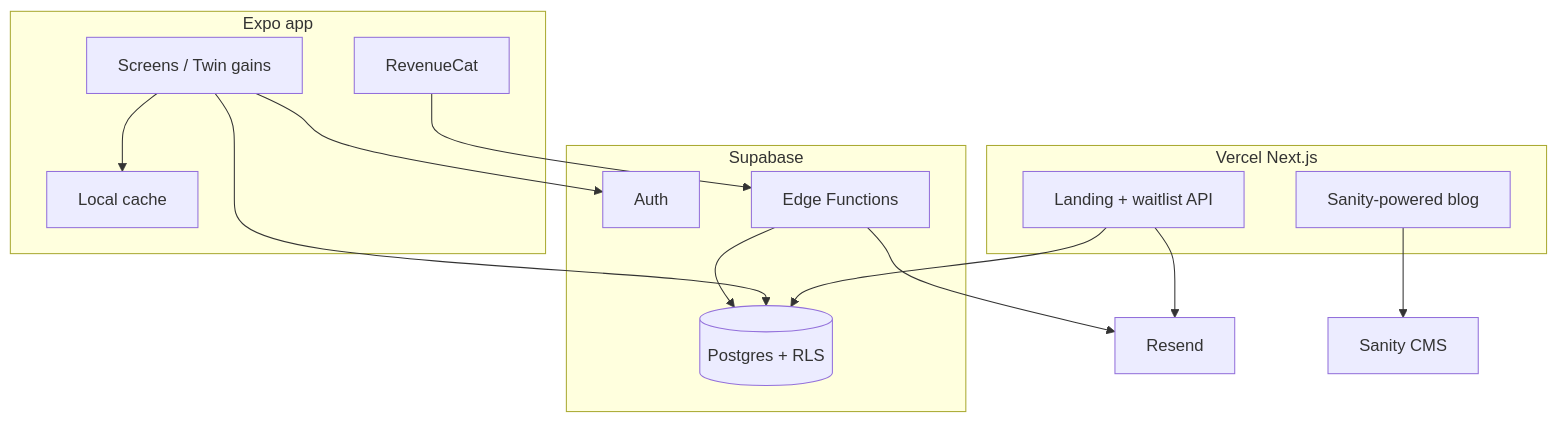
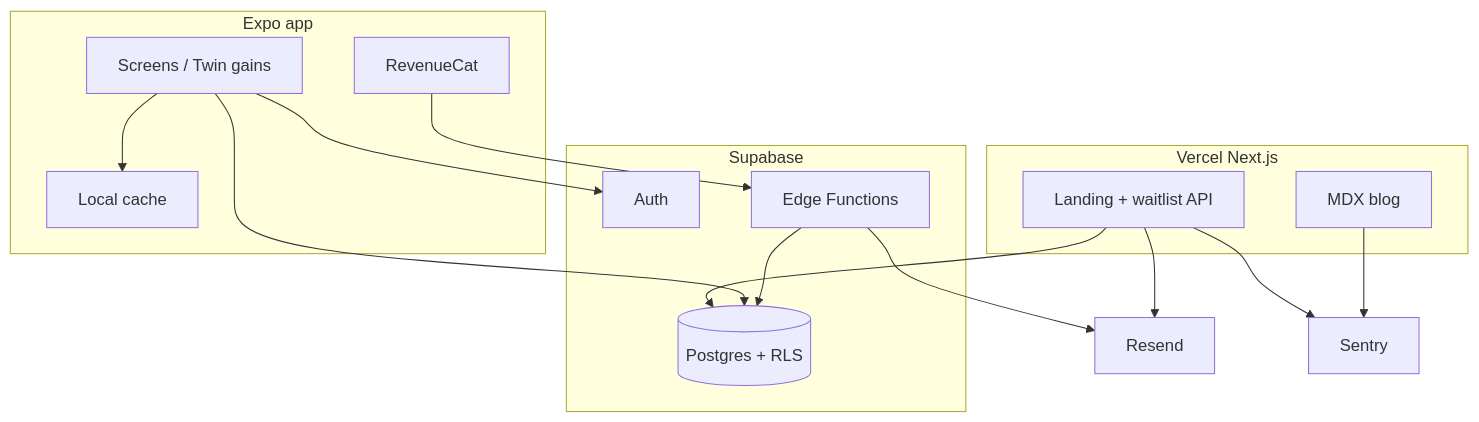
One commit to griergg1/godrinkfree changed the diagram in Research/drink-free-recommendation-tech-brief.md. Above: the diagram before and after it, drawn with Mermaid. The commit also changed other lines of this file and 31 other files, not shown here.

First line of the commit message:
Ship MDX SEO blog and swap Sanity for Sentry on the web stack.

````diff
--- a/Research/drink-free-recommendation-tech-brief.md
+++ b/Research/drink-free-recommendation-tech-brief.md
@@ -179,29 +180,30 @@
 ```mermaid
 flowchart TB
   subgraph web [Vercel Next.js]
     Landing[Landing + waitlist API]
-    Blog[Sanity-powered blog]
+    Blog[MDX blog]
   end
   subgraph mobile [Expo app]
     UI[Screens / Twin gains]
     Cache[Local cache]
     IAP[RevenueCat]
   end
   subgraph backend [Supabase]
     Auth[Auth]
     DB[(Postgres + RLS)]
     Edge[Edge Functions]
   end
   Resend[Resend]
-  Sanity[Sanity CMS]
+  Sentry[Sentry]
 
   Landing --> DB
   Landing --> Resend
-  Blog --> Sanity
+  Landing --> Sentry
+  Blog --> Sentry
   UI --> Auth
   UI --> DB
   UI --> Cache
   IAP --> Edge
   Edge --> DB
   Edge --> Resend
 ```
````
